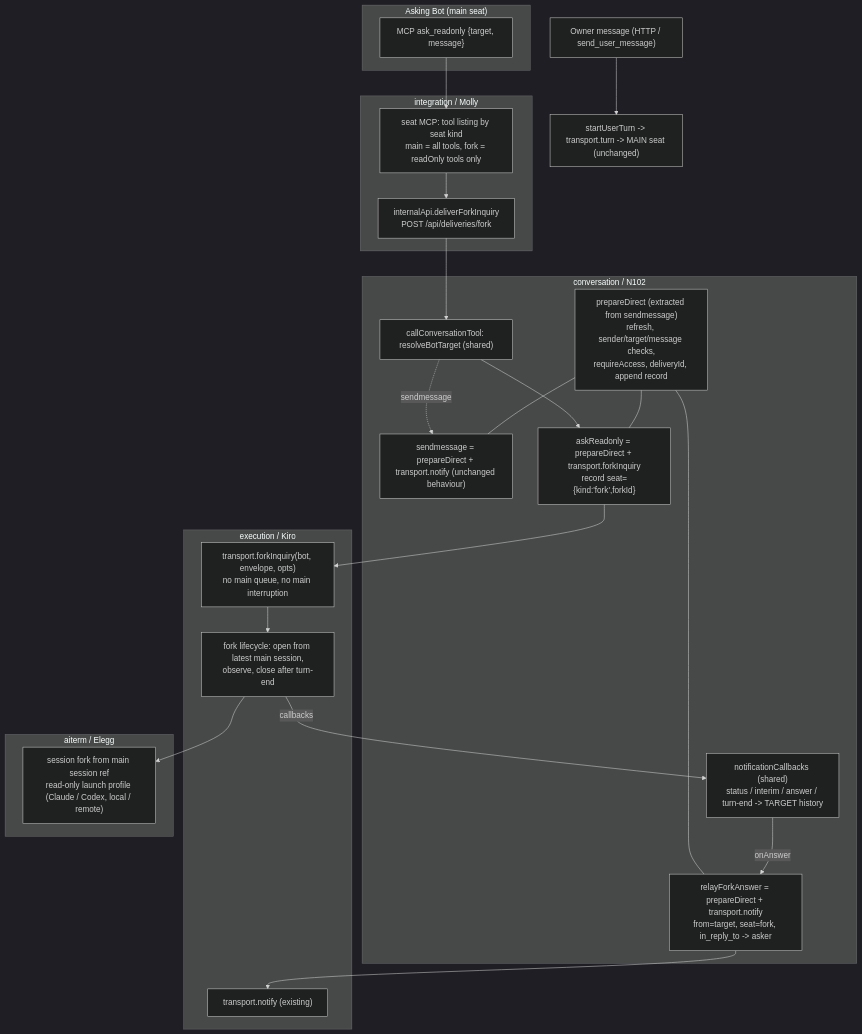
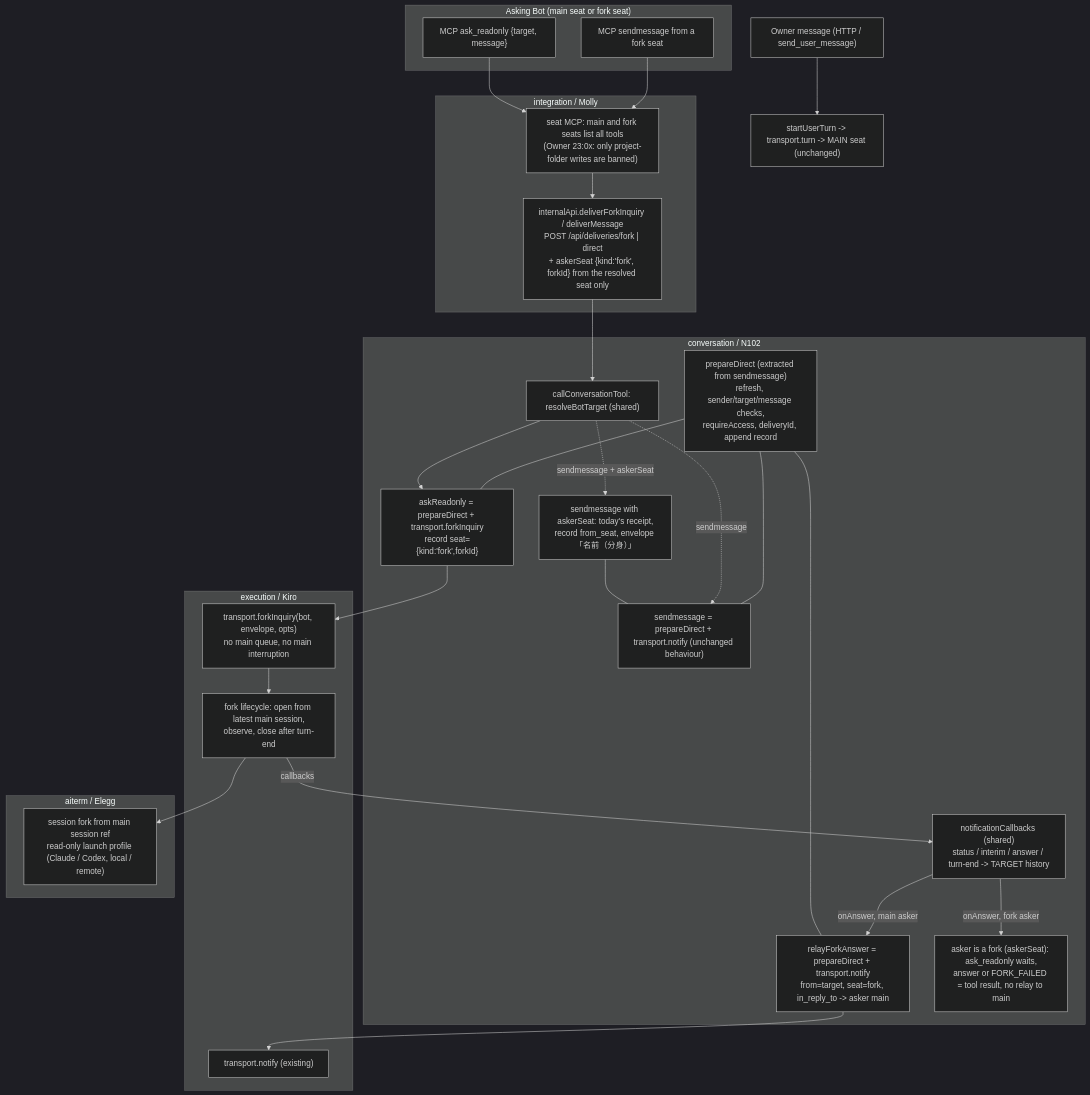
The first of 3 diagrams in docs/architecture/modules/conversation/fork-inquiry.md (kitepon/BellTeam), drawn with Mermaid (dark theme) before and after one commit. The commit also changed other lines of this file and 4 other files, not shown here.

First line of the commit message:
Fork-sent messages: ask_readonly from a fork returns the answer, sendmessage from a fork is labelled; BellTeam MCP row follows #963

````diff
--- a/docs/architecture/modules/conversation/fork-inquiry.md
+++ b/docs/architecture/modules/conversation/fork-inquiry.md
@@ -11,35 +11,41 @@
 ```mermaid
 flowchart TD
-  subgraph Asker["Asking Bot (main seat)"]
+  subgraph Asker["Asking Bot (main seat or fork seat)"]
     A1["MCP ask_readonly {target, message}"]
+    A2["MCP sendmessage from a fork seat"]
   end
   subgraph Integration["integration / Molly"]
-    I1["seat MCP: tool listing by seat kind<br/>main = all tools, fork = readOnly tools only"]
-    I2["internalApi.deliverForkInquiry<br/>POST /api/deliveries/fork"]
+    I1["seat MCP: main and fork seats list all tools<br/>(Owner 23:0x: only project-folder writes are banned)"]
+    I2["internalApi.deliverForkInquiry / deliverMessage<br/>POST /api/deliveries/fork | direct<br/>+ askerSeat {kind:'fork', forkId} from the resolved seat only"]
   end
   subgraph Conversation["conversation / N102"]
     C0["callConversationTool: resolveBotTarget (shared)"]
     C1["prepareDirect (extracted from sendmessage)<br/>refresh, sender/target/message checks,<br/>requireAccess, deliveryId, append record"]
     C2["sendmessage = prepareDirect + transport.notify (unchanged behaviour)"]
     C3["askReadonly = prepareDirect + transport.forkInquiry<br/>record seat={kind:'fork',forkId}"]
     C4["notificationCallbacks (shared)<br/>status / interim / answer / turn-end -> TARGET history"]
-    C5["relayForkAnswer = prepareDirect + transport.notify<br/>from=target, seat=fork, in_reply_to -> asker"]
+    C5["relayForkAnswer = prepareDirect + transport.notify<br/>from=target, seat=fork, in_reply_to -> asker main"]
+    C6["asker is a fork (askerSeat): ask_readonly waits,<br/>answer or FORK_FAILED = tool result, no relay to main"]
+    C7["sendmessage with askerSeat: today's receipt,<br/>record from_seat, envelope 「名前（分身）」"]
   end
   subgraph Execution["execution / Kiro"]
     E1["transport.forkInquiry(bot, envelope, opts)<br/>no main queue, no main interruption"]
     E2["fork lifecycle: open from latest main session,<br/>observe, close after turn-end"]
     E3["transport.notify (existing)"]
   end
   subgraph Aiterm["aiterm / Elegg"]
     N1["session fork from main session ref<br/>read-only launch profile (Claude / Codex, local / remote)"]
   end
   Owner["Owner message (HTTP / send_user_message)"] --> Main["startUserTurn -> transport.turn -> MAIN seat (unchanged)"]
   A1 --> I1 --> I2 --> C0 --> C3
+  A2 --> I1
+  C0 -.->|sendmessage + askerSeat| C7 --- C2
   C0 -.->|sendmessage| C2
   C1 --- C2
   C1 --- C3
   C1 --- C5
   C3 --> E1 --> E2 --> N1
   E2 -->|callbacks| C4
-  C4 -->|onAnswer| C5 --> E3
+  C4 -->|onAnswer, main asker| C5 --> E3
+  C4 -->|onAnswer, fork asker| C6
 ```
````
